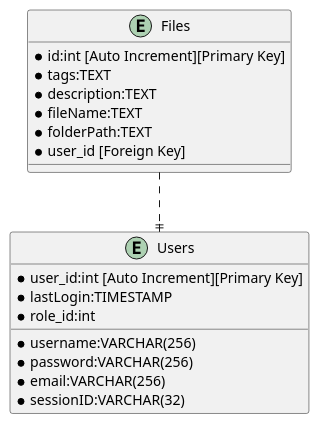
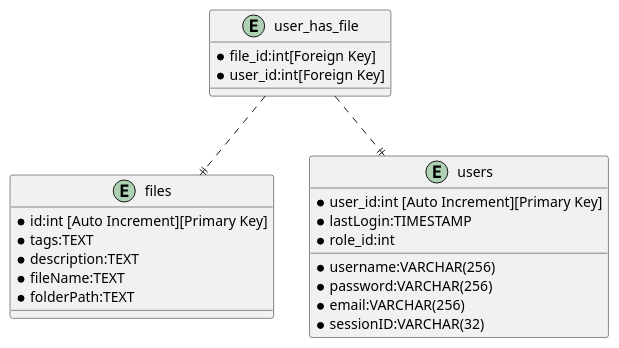
The diagram in fileER.wsd (Maytastico/macaronipanel-development), drawn with PlantUML before and after one commit. The commit also changed 6 other files, not shown here.

```diff
--- a/fileER.wsd
+++ b/fileER.wsd
@@ -1,22 +1,27 @@
  @startuml
- entity Files{
+ entity files{
         *id:int [Auto Increment][Primary Key]
         *tags:TEXT
         *description:TEXT
         *fileName:TEXT
         *folderPath:TEXT
-        *user_id [Foreign Key]
     } 
 
-    entity Users{
+    entity users{
         *user_id:int [Auto Increment][Primary Key]
         *username:VARCHAR(256)
         *password:VARCHAR(256)
         *email:VARCHAR(256)
         *lastLogin:TIMESTAMP
         *sessionID:VARCHAR(32)
         *role_id:int
     }
 
-    Files ..|| Users
+    entity user_has_file{
+        *file_id:int[Foreign Key]
+        *user_id:int[Foreign Key]
+    }
+
+    user_has_file ..|| files
+    user_has_file ..|| users
 @enduml
```
